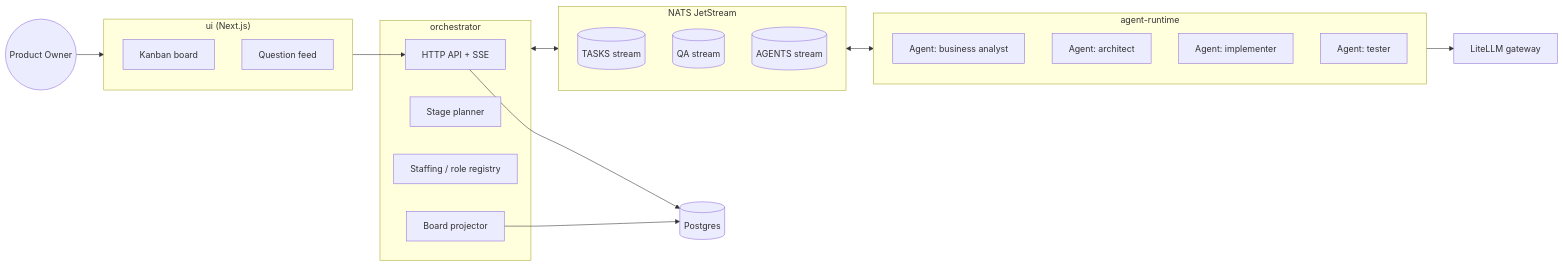
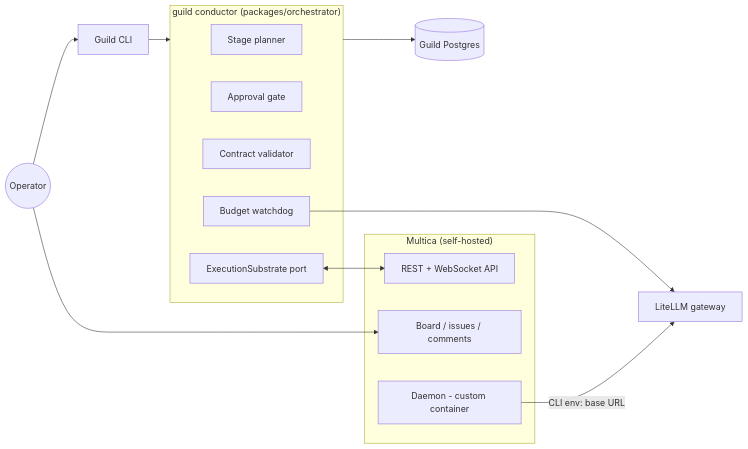
One commit to maacarbo/guild changed the first of 2 diagrams in docs/ARCHITECTURE.md. Above: the diagram before and after it, drawn with Mermaid. The commit also changed other lines of this file and 26 other files, not shown here.

First line of the commit message:
Reposition Guild as the SDLC governance layer over Multica (D8); open-source on GitHub

````diff
--- a/docs/ARCHITECTURE.md
+++ b/docs/ARCHITECTURE.md
@@ -7,33 +7,26 @@
 ```mermaid
 flowchart LR
-    PO((Product Owner))
-    subgraph UI["ui (Next.js)"]
-        Board[Kanban board]
-        Feed[Question feed]
+    OP((Operator))
+    CLI[Guild CLI]
+    subgraph GUILD["guild conductor (packages/orchestrator)"]
+        Planner[Stage planner]
+        Gate[Approval gate]
+        Validator[Contract validator]
+        Watchdog[Budget watchdog]
+        Port[ExecutionSubstrate port]
     end
-    subgraph ORC["orchestrator"]
-        API[HTTP API + SSE]
-        Planner[Stage planner]
-        Staffing[Staffing / role registry]
-        Proj[Board projector]
-    end
-    subgraph BUS["NATS JetStream"]
-        Tasks[(TASKS stream)]
-        QA[(QA stream)]
-        Agents[(AGENTS stream)]
-    end
-    subgraph RUN["agent-runtime"]
-        A1[Agent: business analyst]
-        A2[Agent: architect]
-        A3[Agent: implementer]
-        A4[Agent: tester]
+    subgraph MULTICA["Multica (self-hosted)"]
+        API[REST + WebSocket API]
+        Board[Board / issues / comments]
+        Daemon[Daemon - custom container]
     end
     LLM[LiteLLM gateway]
-    PG[(Postgres)]
+    PG[(Guild Postgres)]
 
-    PO --> UI --> API
-    ORC <--> BUS <--> RUN
-    RUN --> LLM
-    Proj --> PG
-    API --> PG
+    OP --> CLI --> GUILD
+    OP --> Board
+    Port <--> API
+    Daemon -->|CLI env: base URL| LLM
+    Watchdog --> LLM
+    GUILD --> PG
 ```
````
